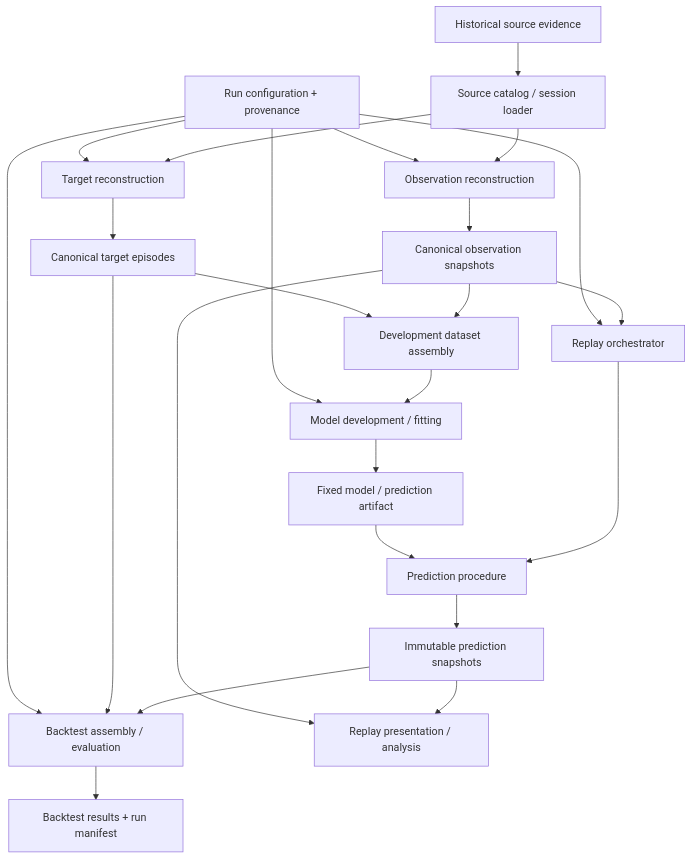
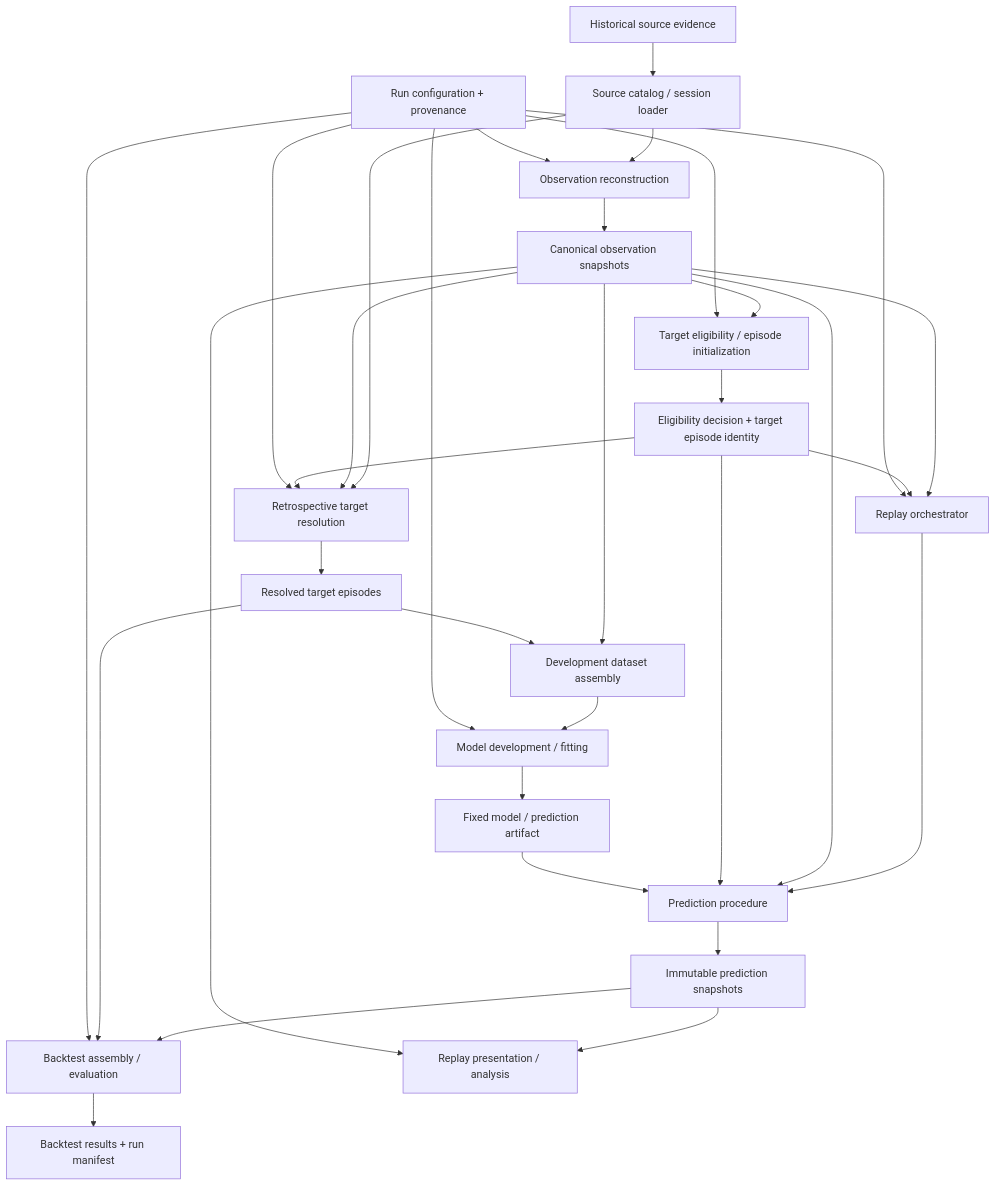
Before and after one commit to Nelson-Jnrnd/f1-pit-predictor-dataset: the diagram in design/SYSTEM_ARCHITECTURE.md, drawn with Mermaid. The commit also changed other lines of this file, not shown here.

Commit message:
docs: address architecture review findings

````diff
--- a/design/SYSTEM_ARCHITECTURE.md
+++ b/design/SYSTEM_ARCHITECTURE.md
@@ -72,33 +83,42 @@
 ```mermaid
 flowchart TD
     S[Historical source evidence] --> C[Source catalog / session loader]
 
     C --> O[Observation reconstruction]
-    C --> T[Target reconstruction]
+    O --> OS[Canonical observation snapshots]
 
-    O --> OS[Canonical observation snapshots]
-    T --> TS[Canonical target episodes]
+    OS --> EI[Target eligibility / episode initialization]
+    EI --> EIA[Eligibility decision + target episode identity]
+
+    C --> TR[Retrospective target resolution]
+    OS --> TR
+    EIA --> TR
+    TR --> TS[Resolved target episodes]
 
     OS --> D[Development dataset assembly]
     TS --> D
     D --> M[Model development / fitting]
     M --> MA[Fixed model / prediction artifact]
 
     OS --> R[Replay orchestrator]
+    EIA --> R
     R --> P[Prediction procedure]
+    OS --> P
+    EIA --> P
     MA --> P
     P --> PS[Immutable prediction snapshots]
 
     PS --> B[Backtest assembly / evaluation]
     TS --> B
     B --> BR[Backtest results + run manifest]
 
     PS --> RP[Replay presentation / analysis]
     OS --> RP
 
     PROV[Run configuration + provenance] --> O
-    PROV --> T
+    PROV --> EI
+    PROV --> TR
     PROV --> M
     PROV --> R
     PROV --> B
 ```
````
